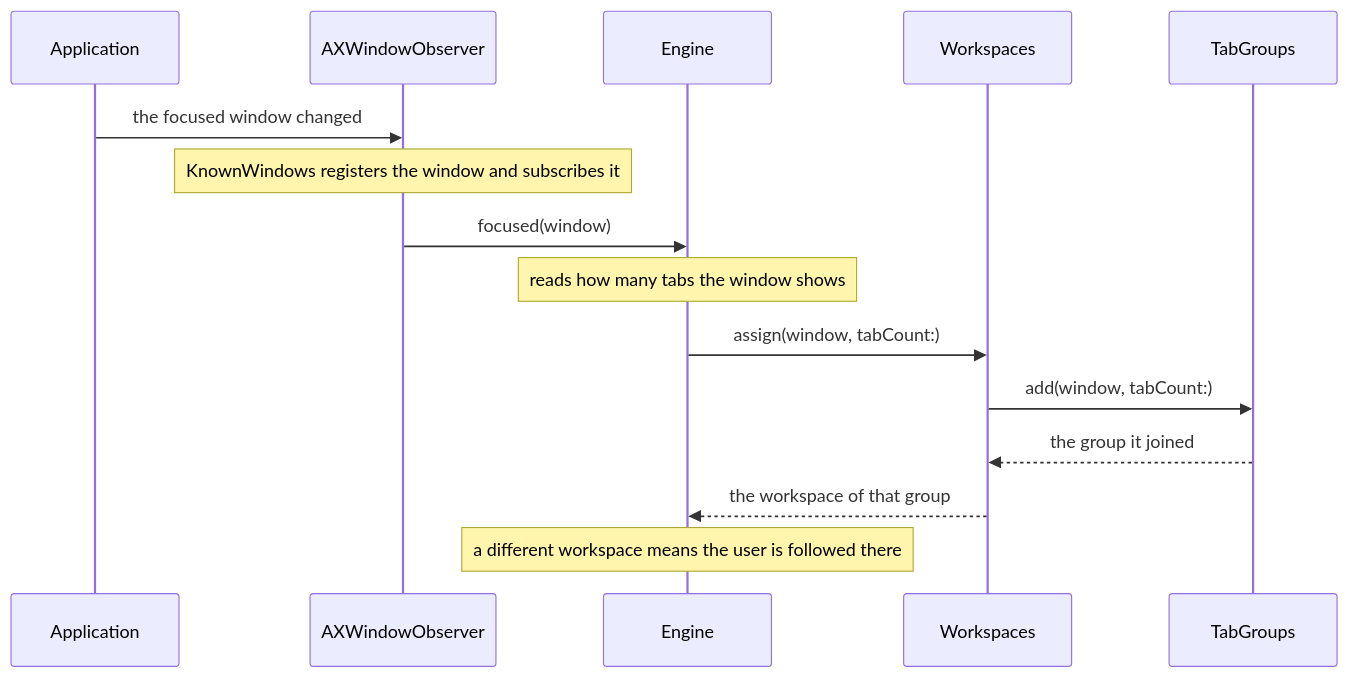
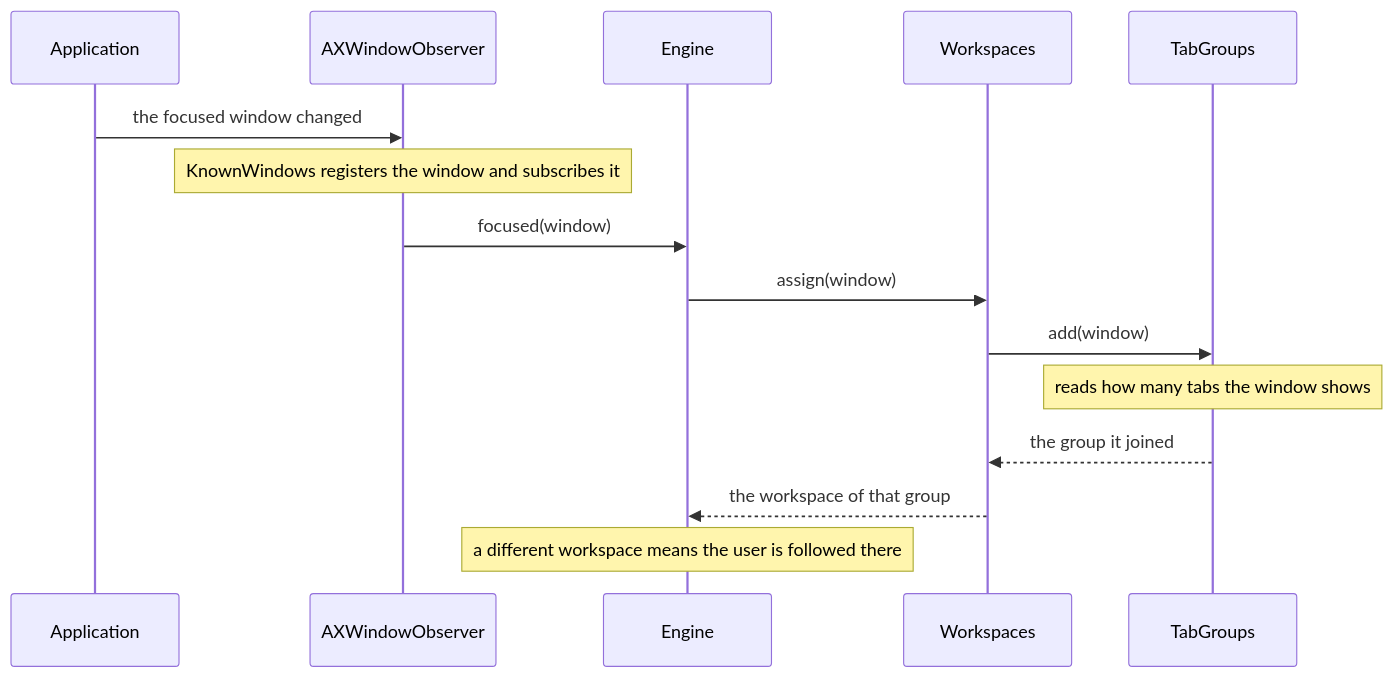
One commit to brennovich/ottowm changed diagram 16 of 17 in ARCHITECTURE.md. Above: the diagram before and after it, drawn with Mermaid. The commit also changed other lines of this file and 8 other files, not shown here.

First line of the commit message:
Refactor tabcount to belong to TabGroups

````diff
--- a/ARCHITECTURE.md
+++ b/ARCHITECTURE.md
@@ -309,18 +310,18 @@
 ```mermaid
 sequenceDiagram
     participant Application
     participant AXWindowObserver
     participant Engine
     participant Workspaces
     participant TabGroups
 
     Application->>AXWindowObserver: the focused window changed
     Note over AXWindowObserver: KnownWindows registers the window and subscribes it
     AXWindowObserver->>Engine: focused(window)
-    Note over Engine: reads how many tabs the window shows
-    Engine->>Workspaces: assign(window, tabCount:)
-    Workspaces->>TabGroups: add(window, tabCount:)
+    Engine->>Workspaces: assign(window)
+    Workspaces->>TabGroups: add(window)
+    Note over TabGroups: reads how many tabs the window shows
     TabGroups-->>Workspaces: the group it joined
     Workspaces-->>Engine: the workspace of that group
     Note over Engine: a different workspace means the user is followed there
 ```
````
